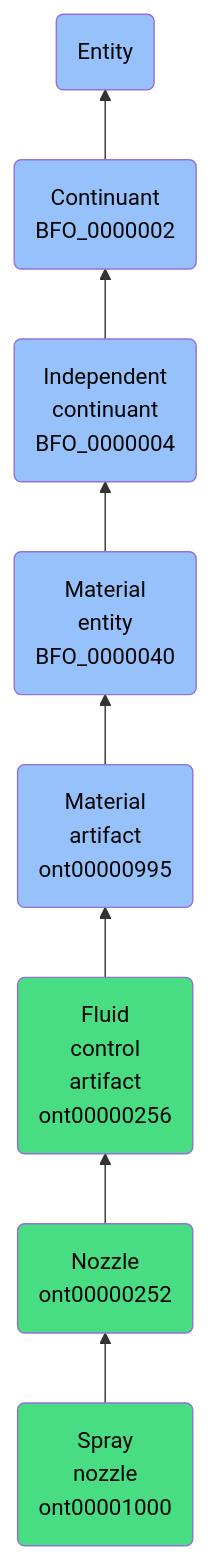
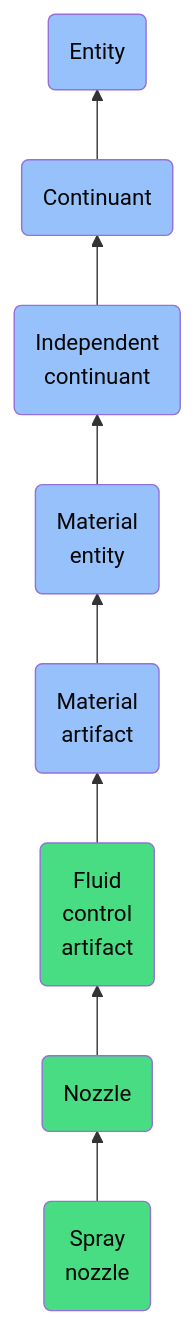
Before and after one commit to jupyter-naas/abi: the diagram in docs/ontology/reference/model/Entity/Continuant/Independent continuant/Material entity/Material artifact/Fluid control artifact/Nozzle/Spray nozzle/Spray nozzle.md, drawn with Mermaid. The commit also changed other lines of this file and 1430 other files, not shown here.

````diff
--- a/docs/ontology/reference/model/Entity/Continuant/Independent continuant/Material entity/Material artifact/Fluid control artifact/Nozzle/Spray nozzle/Spray nozzle.md
+++ b/docs/ontology/reference/model/Entity/Continuant/Independent continuant/Material entity/Material artifact/Fluid control artifact/Nozzle/Spray nozzle/Spray nozzle.md
@@ -24,15 +24,15 @@
 ```mermaid
 graph BT
-    ont00001000(Spray<br>nozzle<br>ont00001000):::ABI-->ont00000252
-    ont00000252(Nozzle<br>ont00000252):::ABI-->ont00000256
-    ont00000256(Fluid<br>control<br>artifact<br>ont00000256):::ABI-->ont00000995
-    ont00000995(Material<br>artifact<br>ont00000995):::BFO-->BFO_0000040
-    BFO_0000040(Material<br>entity<br>BFO_0000040):::BFO-->BFO_0000004
-    BFO_0000004(Independent<br>continuant<br>BFO_0000004):::BFO-->BFO_0000002
-    BFO_0000002(Continuant<br>BFO_0000002):::BFO-->BFO_0000001
+    ont00001000(Spray<br>nozzle):::ABI-->ont00000252
+    ont00000252(Nozzle):::ABI-->ont00000256
+    ont00000256(Fluid<br>control<br>artifact):::ABI-->ont00000995
+    ont00000995(Material<br>artifact):::BFO-->BFO_0000040
+    BFO_0000040(Material<br>entity):::BFO-->BFO_0000004
+    BFO_0000004(Independent<br>continuant):::BFO-->BFO_0000002
+    BFO_0000002(Continuant):::BFO-->BFO_0000001
     BFO_0000001(Entity):::BFO
     
     classDef BFO fill:#97c1fb,color:#060606
     classDef CCO fill:#e4c51e,color:#060606
     classDef ABI fill:#48DD82,color:#060606
 ```
````
